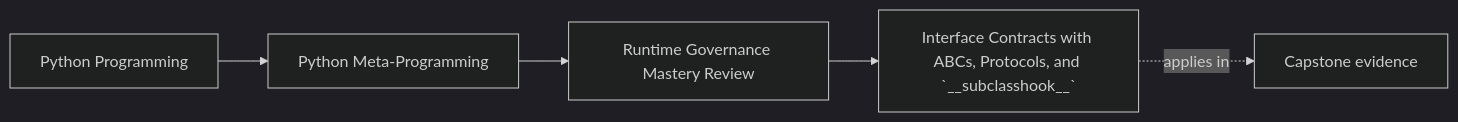
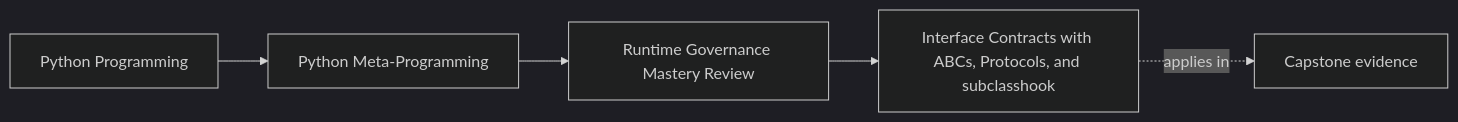
The first of 3 diagrams in programs/python-programming/python-meta-programming/course-book/module-10-runtime-governance-mastery-review/interface-contracts-with-abcs-protocols-and-subclasshook.md (bijux/bijux-masterclass), drawn with Mermaid (dark theme) before and after one commit. The commit also changed other lines of this file, not shown here.

Commit message:
docs(meta-course): distinguish interface contract strength

````diff
--- a/programs/python-programming/python-meta-programming/course-book/module-10-runtime-governance-mastery-review/interface-contracts-with-abcs-protocols-and-subclasshook.md
+++ b/programs/python-programming/python-meta-programming/course-book/module-10-runtime-governance-mastery-review/interface-contracts-with-abcs-protocols-and-subclasshook.md
@@ -7,11 +6,11 @@
 ```mermaid
 graph LR
   family["Python Programming"]
   program["Python Meta-Programming"]
   section["Runtime Governance Mastery Review"]
-  page["Interface Contracts with ABCs, Protocols, and `__subclasshook__`"]
+  page["Interface Contracts with ABCs, Protocols, and subclasshook"]
   capstone["Capstone evidence"]
 
   family --> program --> section --> page
   page -.applies in.-> capstone
 ```
````
